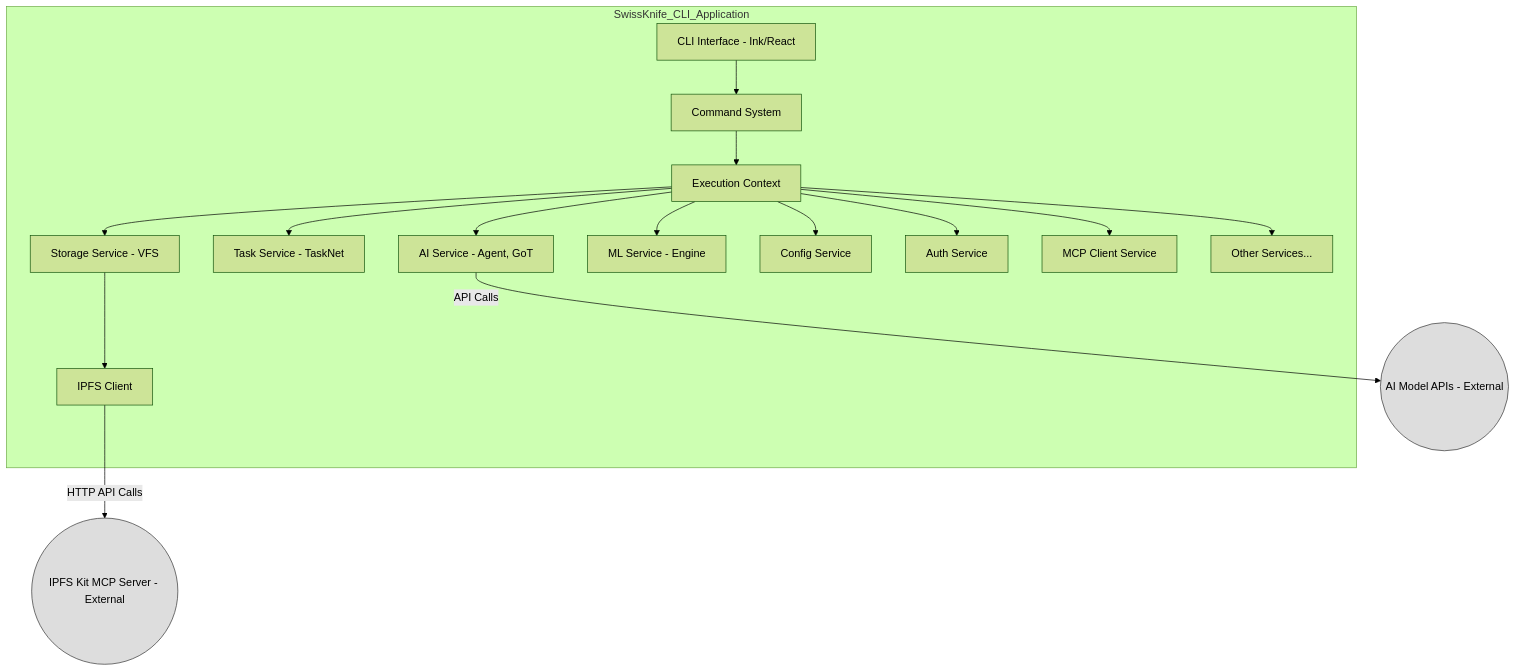
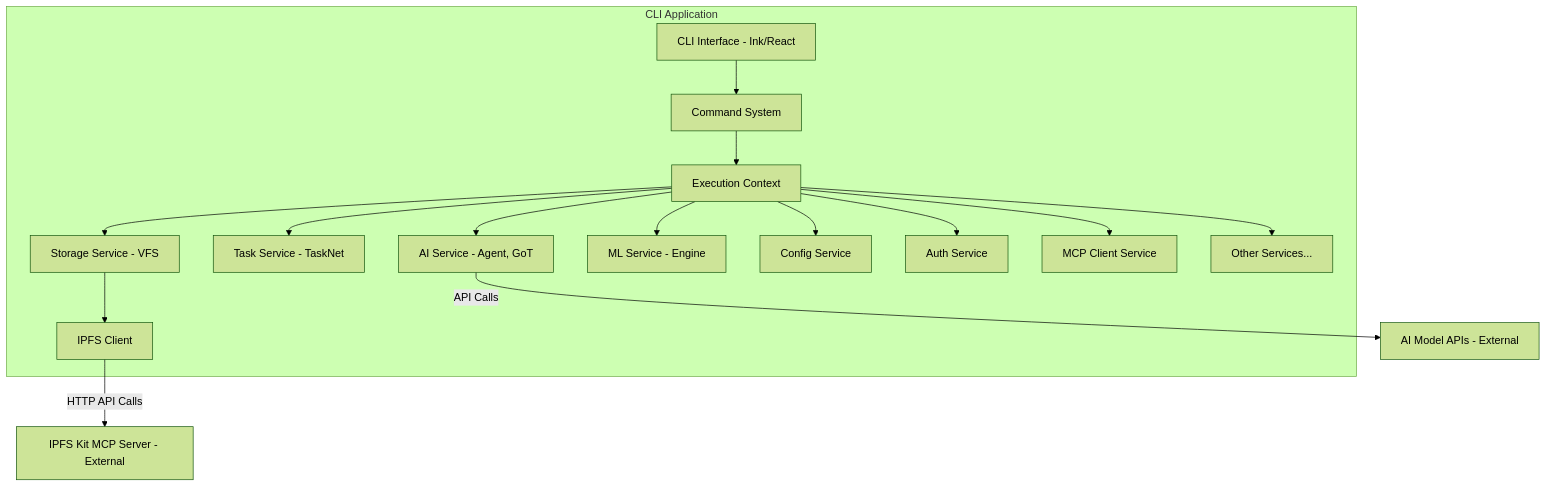
Before and after one commit to helenoid/swissknife: the first of 2 diagrams in docs/UNIFIED_ARCHITECTURE.md, drawn with Mermaid (forest theme). The commit also changed other lines of this file, not shown here.

````diff
--- a/docs/UNIFIED_ARCHITECTURE.md
+++ b/docs/UNIFIED_ARCHITECTURE.md
@@ -20,23 +20,19 @@
 ```mermaid
 graph TD
-    subgraph SwissKnife_CLI_Application
-        A["CLI Interface - Ink/React"] --> B["Command System"];
-        B --> C["Execution Context"];
-        C --> D["AI Service - Agent, GoT"];
-        C --> E["Task Service - TaskNet"];
-        C --> F["Storage Service - VFS"];
-        C --> G["ML Service - Engine"];
-        C --> H["Config Service"];
-        C --> I["Auth Service"];
-        C --> J["MCP Client Service"];
-        C --> K["Other Services..."];
-
-        F --> L["IPFS Client"];
+    subgraph "CLI Application"
+        cliInterface["CLI Interface - Ink/React"] --> commandSystem["Command System"];
+        commandSystem --> executionContext["Execution Context"];
+        executionContext --> aiService["AI Service - Agent, GoT"];
+        executionContext --> taskService["Task Service - TaskNet"];
+        executionContext --> storageService["Storage Service - VFS"];
+        executionContext --> mlService["ML Service - Engine"];
+        executionContext --> configService["Config Service"];
+        executionContext --> authService["Auth Service"];
+        executionContext --> mcpClientService["MCP Client Service"];
+        executionContext --> otherServices["Other Services..."];
+        storageService --> ipfsClient["IPFS Client"];
     end
 
-    L -- HTTP API Calls --> M(("IPFS Kit MCP Server - External"));
-    D -- API Calls --> N(("AI Model APIs - External"));
-
-    style M fill:#ddd, stroke:#333
-    style N fill:#ddd, stroke:#333
+    ipfsClient -- "HTTP API Calls" --> ipfsServer["IPFS Kit MCP Server - External"];
+    aiService -- "API Calls" --> aiModelApis["AI Model APIs - External"];
 ```
````
